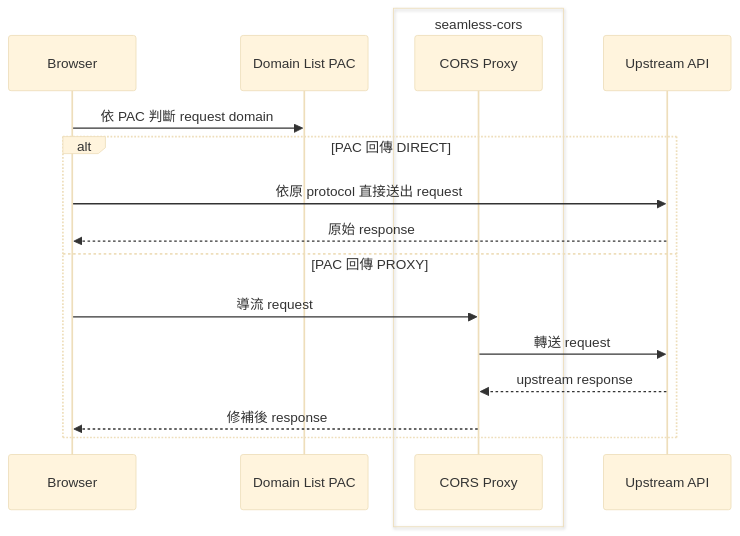
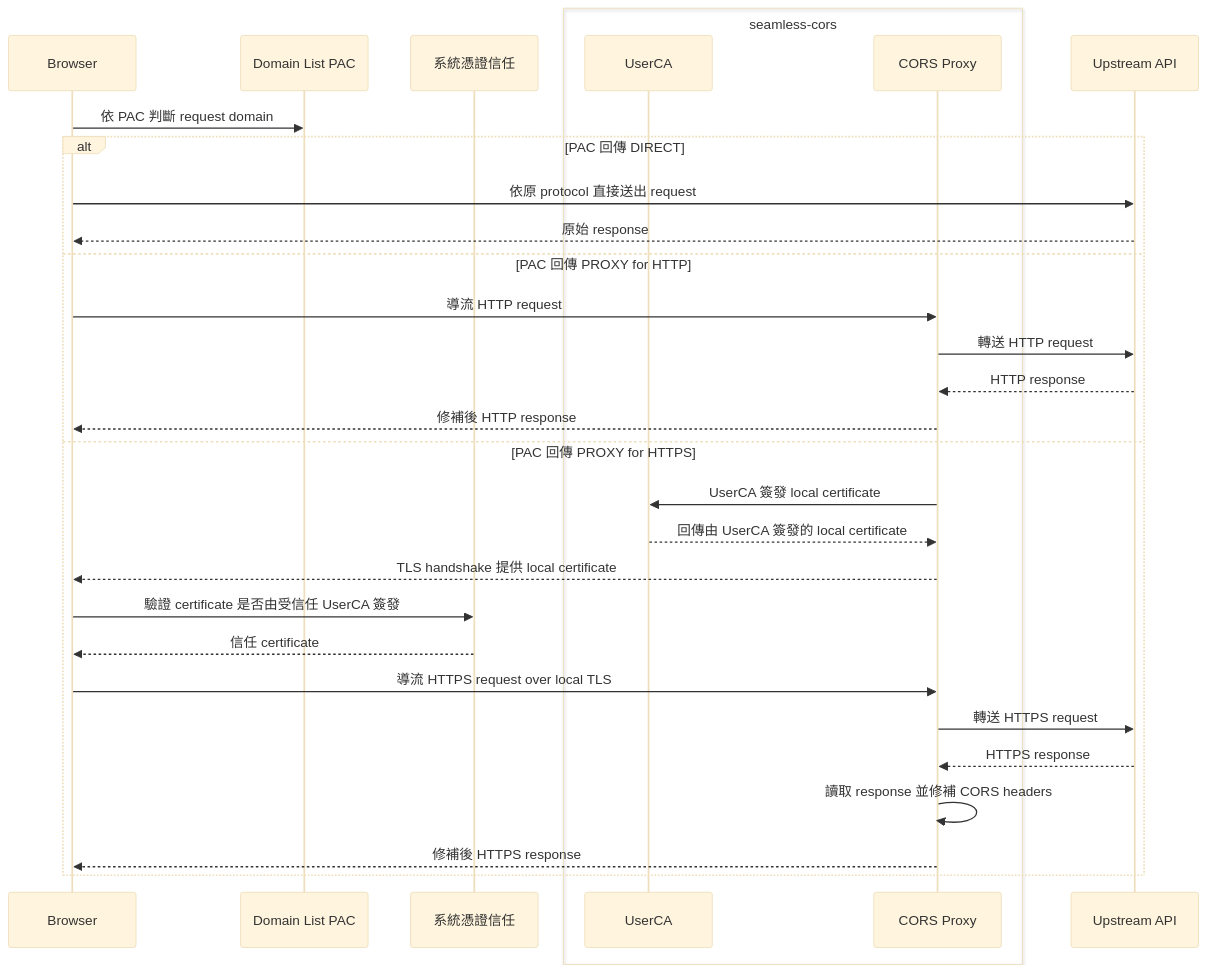
The fourth of 6 diagrams in diagrams/v3.md (QzCurious/seamless-cors), drawn with Mermaid (base theme) before and after one commit. The commit also changed other lines of this file and 15 other files, not shown here.

````diff
--- a/diagrams/v3.md
+++ b/diagrams/v3.md
@@ -50,20 +52,33 @@
 ```mermaid
 sequenceDiagram
   participant Browser
   participant DomainListPAC as Domain List PAC
+  participant SystemTrust as 系統憑證信任
   box seamless-cors
+    participant UserCA
     participant CorsProxy as CORS Proxy
   end
   participant Upstream as Upstream API
 
   Browser->>DomainListPAC: 依 PAC 判斷 request domain
   alt PAC 回傳 DIRECT
     Browser->>Upstream: 依原 protocol 直接送出 request
     Upstream-->>Browser: 原始 response
-  else PAC 回傳 PROXY
-    Browser->>CorsProxy: 導流 request
-    CorsProxy->>Upstream: 轉送 request
-    Upstream-->>CorsProxy: upstream response
-    CorsProxy-->>Browser: 修補後 response
+  else PAC 回傳 PROXY for HTTP
+    Browser->>CorsProxy: 導流 HTTP request
+    CorsProxy->>Upstream: 轉送 HTTP request
+    Upstream-->>CorsProxy: HTTP response
+    CorsProxy-->>Browser: 修補後 HTTP response
+  else PAC 回傳 PROXY for HTTPS
+    CorsProxy->>UserCA: UserCA 簽發 local certificate
+    UserCA-->>CorsProxy: 回傳由 UserCA 簽發的 local certificate
+    CorsProxy-->>Browser: TLS handshake 提供 local certificate
+    Browser->>SystemTrust: 驗證 certificate 是否由受信任 UserCA 簽發
+    SystemTrust-->>Browser: 信任 certificate
+    Browser->>CorsProxy: 導流 HTTPS request over local TLS
+    CorsProxy->>Upstream: 轉送 HTTPS request
+    Upstream-->>CorsProxy: HTTPS response
+    CorsProxy->>CorsProxy: 讀取 response 並修補 CORS headers
+    CorsProxy-->>Browser: 修補後 HTTPS response
   end
 ```
````
